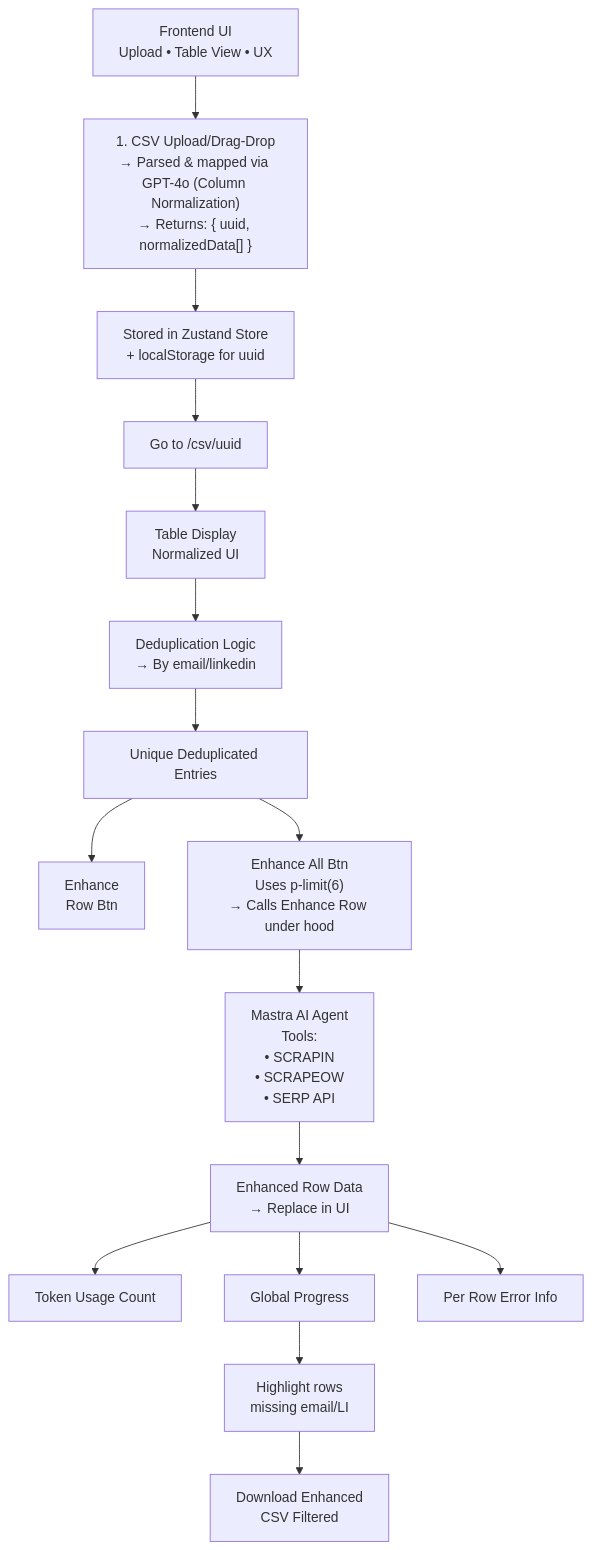
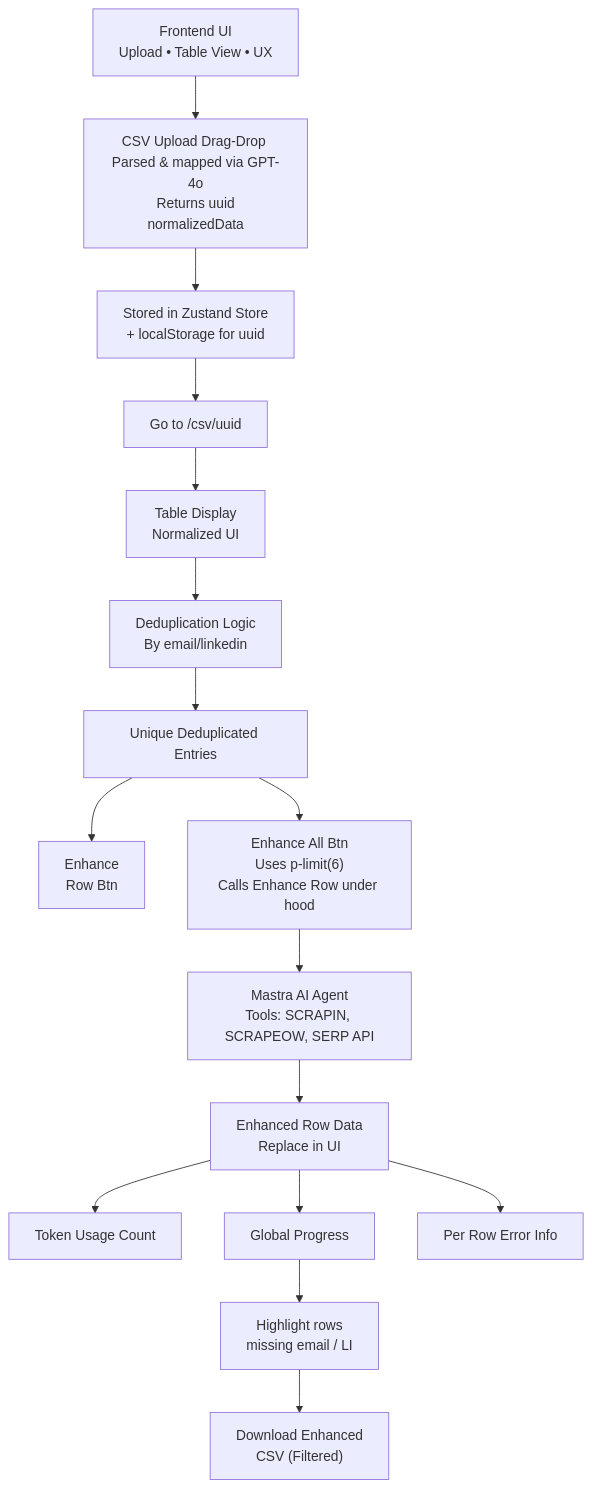
The diagram in README.md (dibkb/roger-assignment), drawn with Mermaid before and after one commit.

Commit message:
fixed mermaid

````diff
--- a/README.md
+++ b/README.md
@@ -67,18 +67,27 @@
 ```mermaid
 graph TD
-    A["Frontend UI<br/>Upload • Table View • UX"] --> B["1. CSV Upload/Drag-Drop<br/>→ Parsed & mapped via GPT-4o (Column Normalization)<br/>→ Returns: { uuid, normalizedData[] }"]
-    B --> C["Stored in Zustand Store<br/>+ localStorage for uuid"]
+    A["Frontend UI
+Upload • Table View • UX"] --> B["CSV Upload Drag-Drop Parsed & mapped via GPT-4o
+ Returns uuid normalizedData"]
+    B --> C["Stored in Zustand Store
++ localStorage for uuid"]
     C --> D["Go to /csv/uuid"]
-    D --> E["Table Display<br/>Normalized UI"]
-    E --> F["Deduplication Logic<br/>→ By email/linkedin"]
+    D --> E["Table Display
+Normalized UI"]
+    E --> F["Deduplication Logic
+By email/linkedin"]
     F --> G["Unique Deduplicated Entries"]
-    G --> H["Enhance<br/>Row Btn"]
-    G --> I["Enhance All Btn<br/>Uses p-limit(6)<br/>→ Calls Enhance Row under hood"]
-    I --> J["Mastra AI Agent<br/>Tools:<br/>• SCRAPIN<br/>• SCRAPEOW<br/>• SERP API"]
-    J --> K["Enhanced Row Data<br/>→ Replace in UI"]
-    K --> L["Token Usage Count"]
-    K --> M["Global Progress"]
-    K --> N["Per Row Error Info"]
-    M --> O["Highlight rows<br/>missing email/LI"]
-    O --> P["Download Enhanced<br/>CSV Filtered"]
+    G --> H["Enhance
+Row Btn"] & I["Enhance All Btn
+Uses p-limit(6)
+Calls Enhance Row under hood"]
+    I --> J["Mastra AI Agent
+Tools: SCRAPIN, SCRAPEOW, SERP API"]
+    J --> K["Enhanced Row Data
+Replace in UI"]
+    K --> L["Token Usage Count"] & M["Global Progress"] & N["Per Row Error Info"]
+    M --> O["Highlight rows
+missing email / LI"]
+    O --> P["Download Enhanced
+CSV (Filtered)"]
 ```
````
